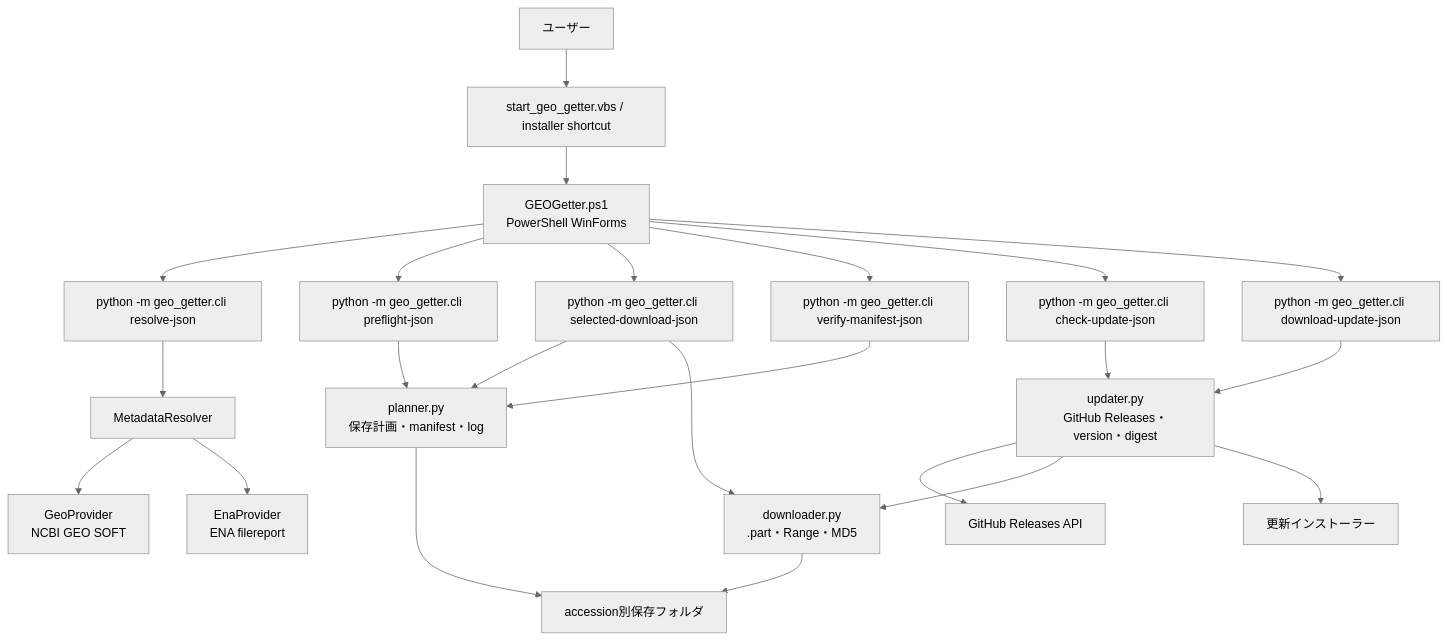
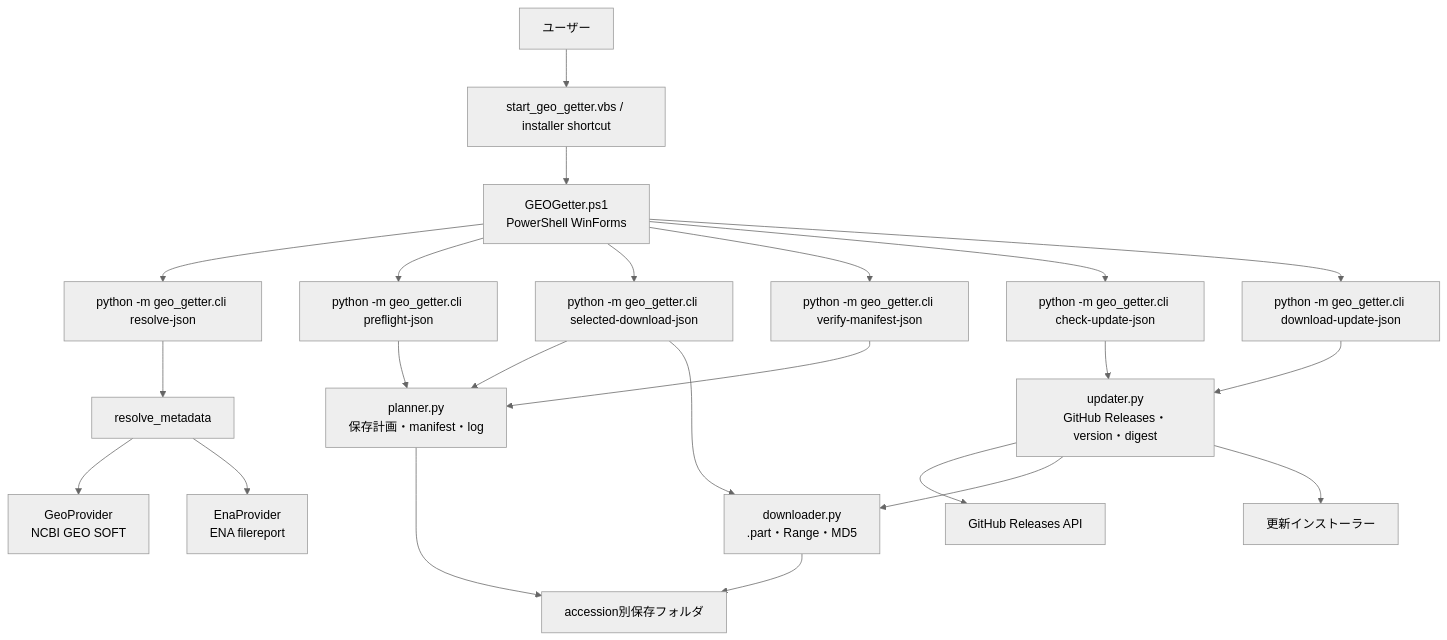
Before and after one commit to K81ta/geo-getter: the diagram in docs/ARCHITECTURE.md, drawn with Mermaid (neutral theme). The commit also changed 4 other files, not shown here.

First line of the commit message:
Replace MetadataResolver with resolve_metadata (#111)

````diff
--- a/docs/ARCHITECTURE.md
+++ b/docs/ARCHITECTURE.md
@@ -42,25 +42,25 @@
 ```mermaid
 flowchart TD
     User["ユーザー"] --> Launcher["start_geo_getter.vbs / installer shortcut"]
     Launcher --> GUI["GEOGetter.ps1\nPowerShell WinForms"]
     GUI --> ResolveCLI["python -m geo_getter.cli resolve-json"]
     GUI --> PreflightCLI["python -m geo_getter.cli preflight-json"]
     GUI --> DownloadCLI["python -m geo_getter.cli selected-download-json"]
     GUI --> VerifyCLI["python -m geo_getter.cli verify-manifest-json"]
     GUI --> UpdateCheckCLI["python -m geo_getter.cli check-update-json"]
     GUI --> UpdateDownloadCLI["python -m geo_getter.cli download-update-json"]
-    ResolveCLI --> Resolver["MetadataResolver"]
+    ResolveCLI --> Resolver["resolve_metadata"]
     Resolver --> GEO["GeoProvider\nNCBI GEO SOFT"]
     Resolver --> ENA["EnaProvider\nENA filereport"]
     PreflightCLI --> Planner["planner.py\n保存計画・manifest・log"]
     DownloadCLI --> Planner["planner.py\n保存計画・manifest・log"]
     DownloadCLI --> Downloader["downloader.py\n.part・Range・MD5"]
     VerifyCLI --> Planner
     UpdateCheckCLI --> Updater["updater.py\nGitHub Releases・version・digest"]
     UpdateDownloadCLI --> Updater
     Updater --> GitHub["GitHub Releases API"]
     Updater --> Downloader
     Planner --> Output["accession別保存フォルダ"]
     Downloader --> Output
     Updater --> Installer["更新インストーラー"]
 ```
````
